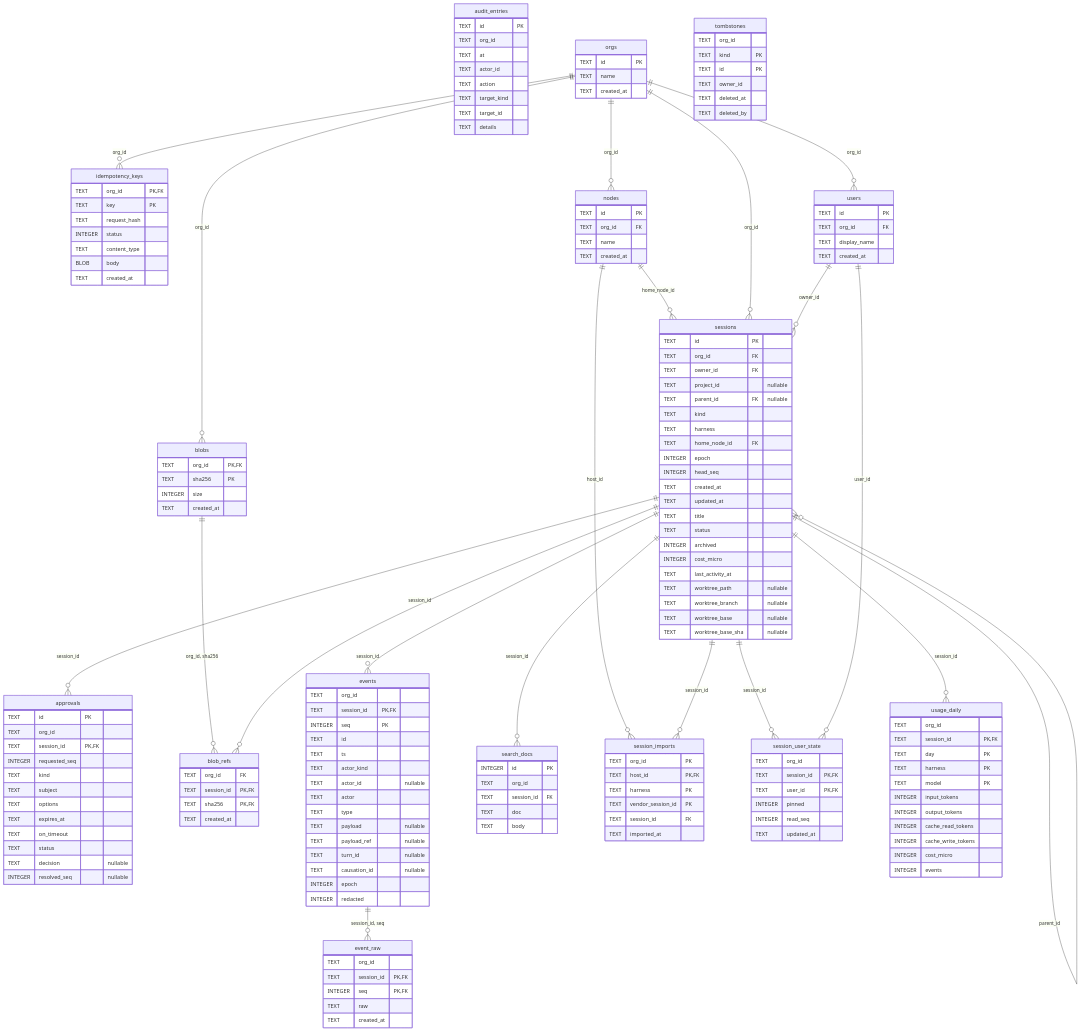
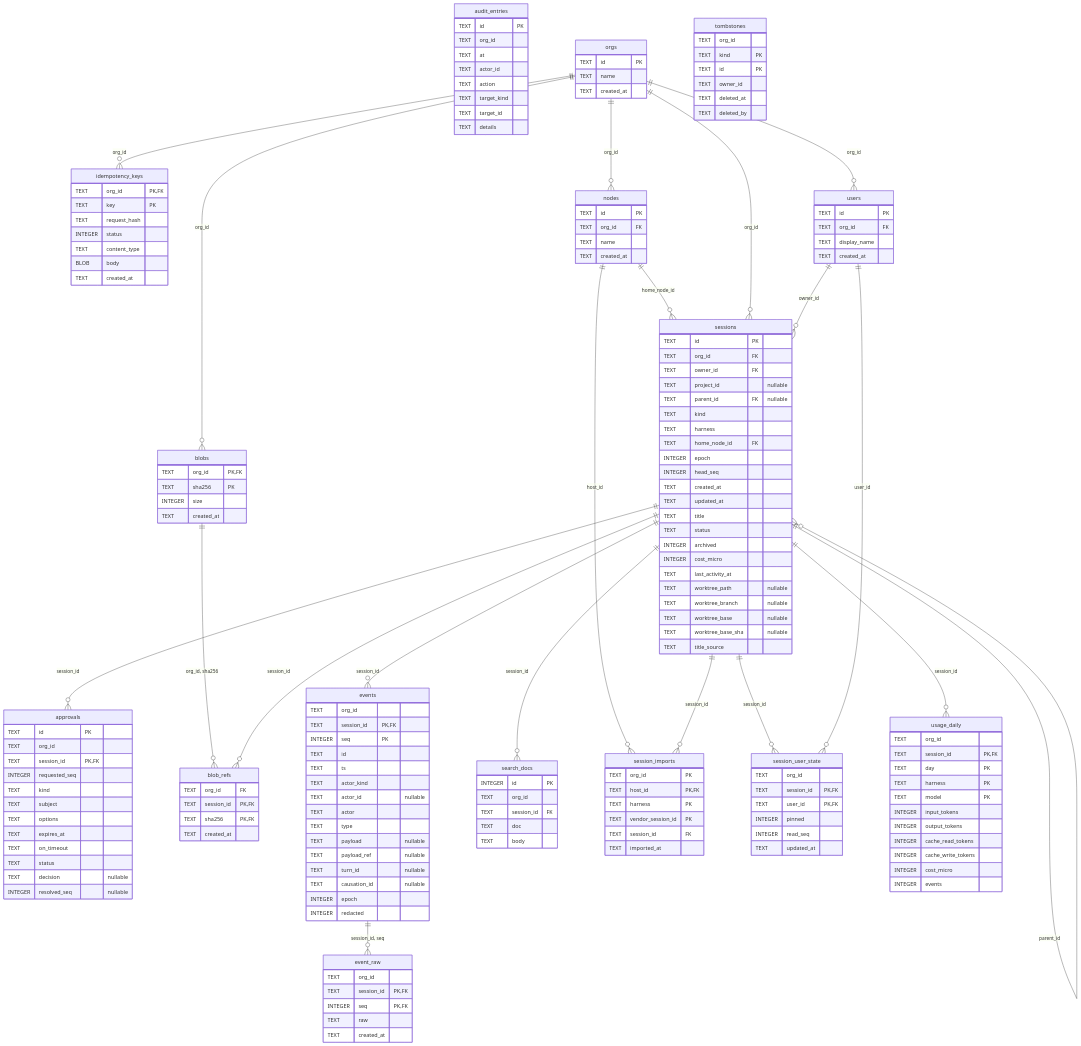
Before and after one commit to ifahrentholz/beton: the diagram in docs/generated/er-diagram.md, drawn with Mermaid. The commit also changed other lines of this file and 47 other files, not shown here.

```diff
--- a/docs/generated/er-diagram.md
+++ b/docs/generated/er-diagram.md
@@ -131,6 +131,7 @@
         TEXT worktree_branch "nullable"
         TEXT worktree_base "nullable"
         TEXT worktree_base_sha "nullable"
+        TEXT title_source
     }
     tombstones {
         TEXT org_id
```
